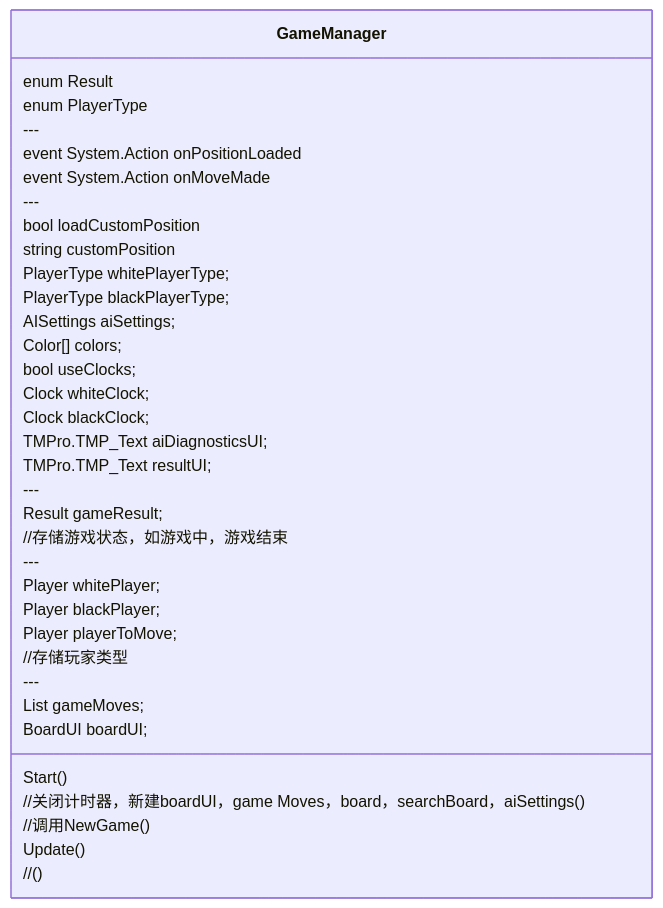
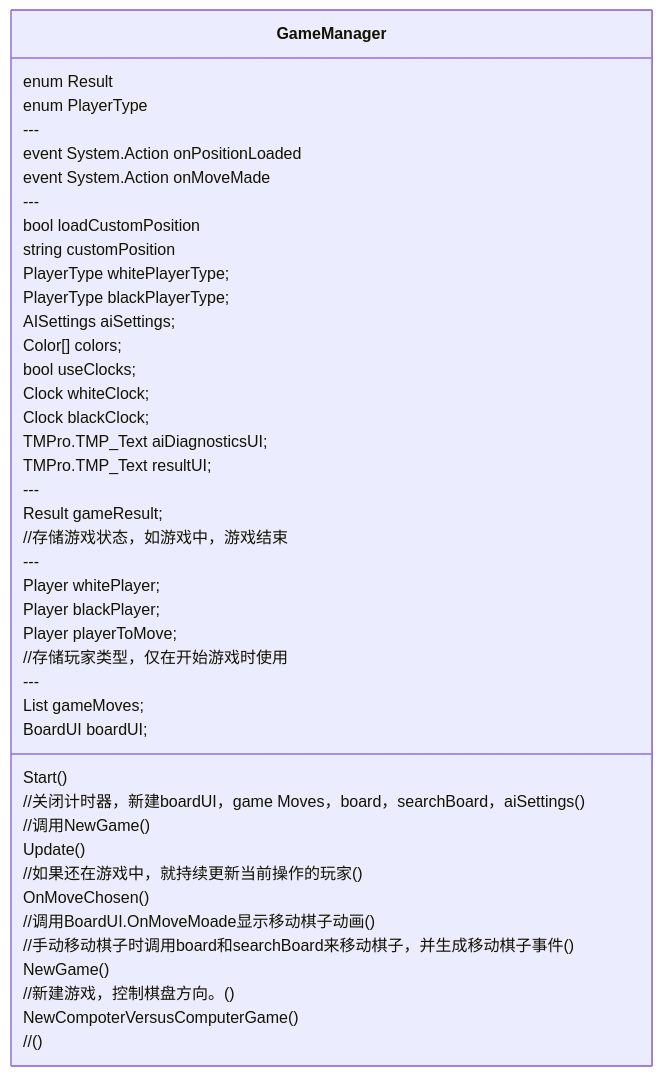
One commit to Arrosam/Chess-AI changed the diagram in Assets/Scripts/Structure.md. Above: the diagram before and after it, drawn with Mermaid. The commit also changed 4 other files, not shown here.

````diff
--- a/Assets/Scripts/Structure.md
+++ b/Assets/Scripts/Structure.md
@@ -1,39 +1,47 @@
 ```mermaid
     classDiagram
     class GameManager{
         enum Result
         enum PlayerType
         ---
         event System.Action onPositionLoaded
         event System.Action onMoveMade
         ---
         bool loadCustomPosition
         string customPosition
         PlayerType whitePlayerType;
         PlayerType blackPlayerType;
         AISettings aiSettings;
         Color[] colors;
         bool useClocks;
         Clock whiteClock;
         Clock blackClock;
         TMPro.TMP_Text aiDiagnosticsUI;
         TMPro.TMP_Text resultUI;
         ---
         Result gameResult;
         //存储游戏状态，如游戏中，游戏结束
         ---
         Player whitePlayer;
         Player blackPlayer;
         Player playerToMove;
-        //存储玩家类型
+        //存储玩家类型，仅在开始游戏时使用
         ---
         List<Move> gameMoves;
         BoardUI boardUI;
         
         Start()
         //关闭计时器，新建boardUI，game Moves，board，searchBoard，aiSettings()
         //调用NewGame()
         Update()
+        //如果还在游戏中，就持续更新当前操作的玩家()
+        OnMoveChosen()
+        //调用BoardUI.OnMoveMoade显示移动棋子动画()
+        //手动移动棋子时调用board和searchBoard来移动棋子，并生成移动棋子事件()
+        NewGame()
+        //新建游戏，控制棋盘方向。()
+        NewCompoterVersusComputerGame()
+        
         //()
     }
 ```
````
